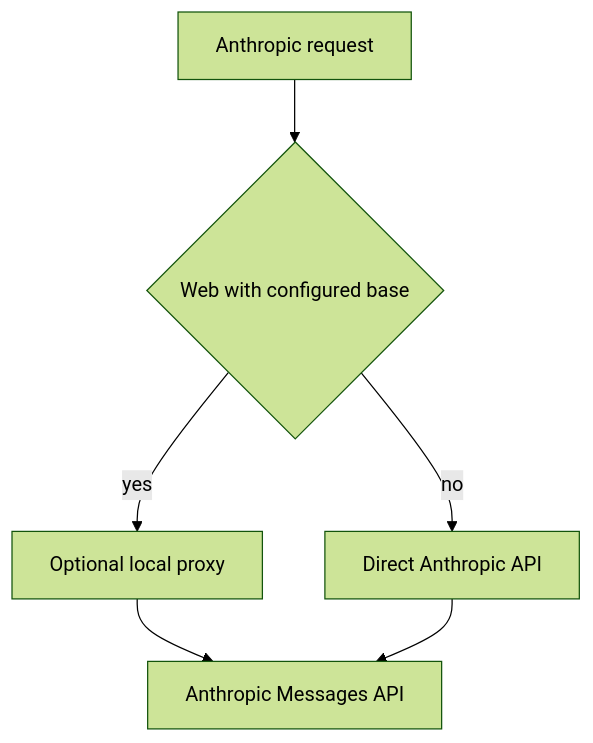
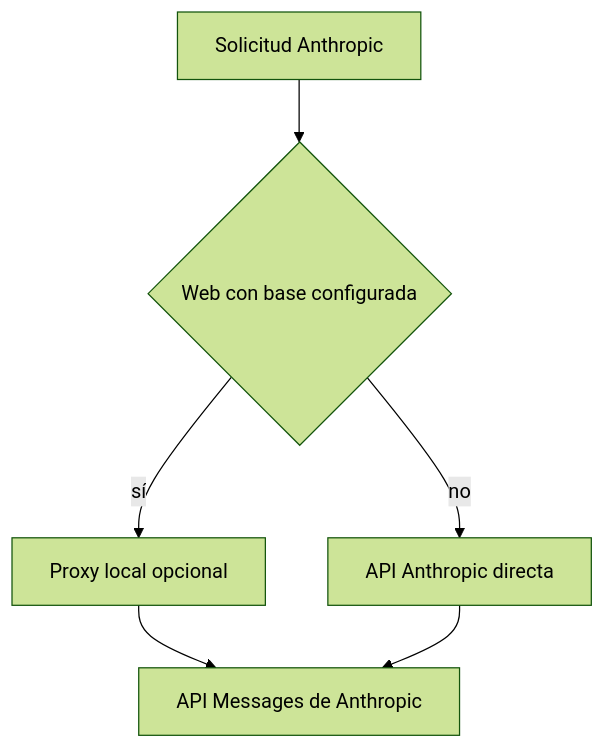
The second of 2 diagrams in openwiki/agent/provider-configuration.md (maximofn/gymnasia), drawn with Mermaid (forest theme) before and after one commit. The commit also changed other lines of this file and 55 other files, not shown here.

````diff
--- a/openwiki/agent/provider-configuration.md
+++ b/openwiki/agent/provider-configuration.md
@@ -140,8 +138,8 @@
 ```mermaid
 flowchart TD
-    Request["Anthropic request"] --> Choice{"Web with configured base"}
-    Choice -->|"yes"| Proxy["Optional local proxy"]
-    Choice -->|"no"| Direct["Direct Anthropic API"]
-    Proxy --> Upstream["Anthropic Messages API"]
+    Request["Solicitud Anthropic"] --> Choice{"Web con base configurada"}
+    Choice -->|"sí"| Proxy["Proxy local opcional"]
+    Choice -->|"no"| Direct["API Anthropic directa"]
+    Proxy --> Upstream["API Messages de Anthropic"]
     Direct --> Upstream
 ```
````
